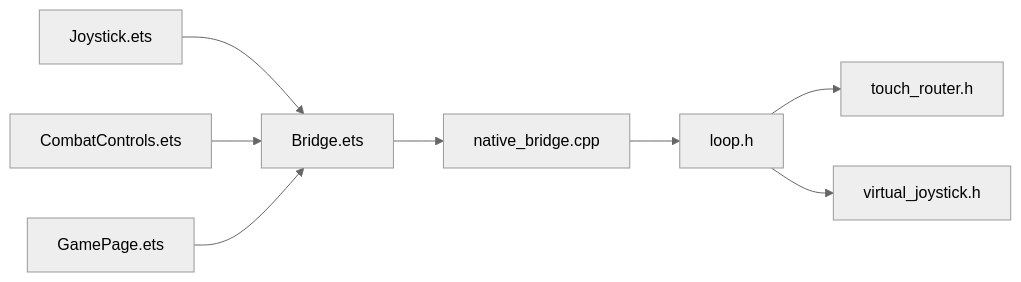
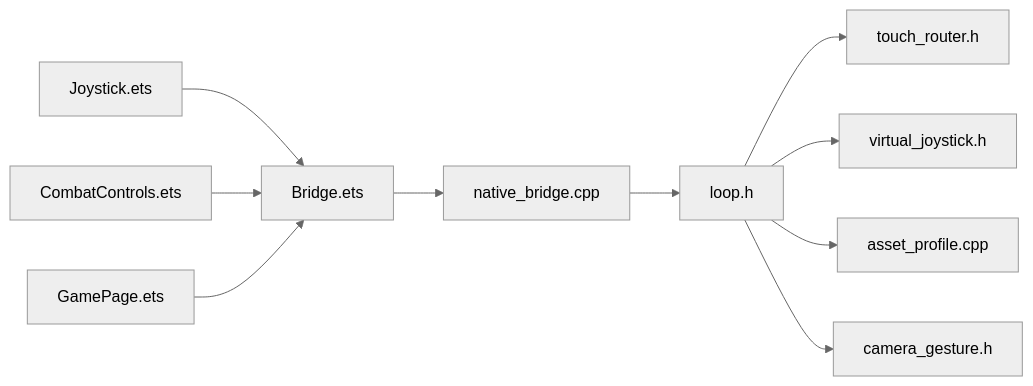
One commit to sj123sheng/my-world changed the seventh of 7 diagrams in .qoder/repowiki/zh/content/前端界面系统/虚拟摇杆系统.md. Above: the diagram before and after it, drawn with Mermaid (neutral theme). The commit also changed other lines of this file and 160 other files, not shown here.

````diff
--- a/.qoder/repowiki/zh/content/前端界面系统/虚拟摇杆系统.md
+++ b/.qoder/repowiki/zh/content/前端界面系统/虚拟摇杆系统.md
@@ -285,10 +390,12 @@
 ```mermaid
 graph LR
 J["Joystick.ets"] --> BR["Bridge.ets"]
 CC["CombatControls.ets"] --> BR
 GP["GamePage.ets"] --> BR
 BR --> NB["native_bridge.cpp"]
 NB --> LP["loop.h"]
 LP --> TR["touch_router.h"]
 LP --> VJ["virtual_joystick.h"]
+LP --> AP["asset_profile.cpp"]
+LP --> CG["camera_gesture.h"]
 ```
````
